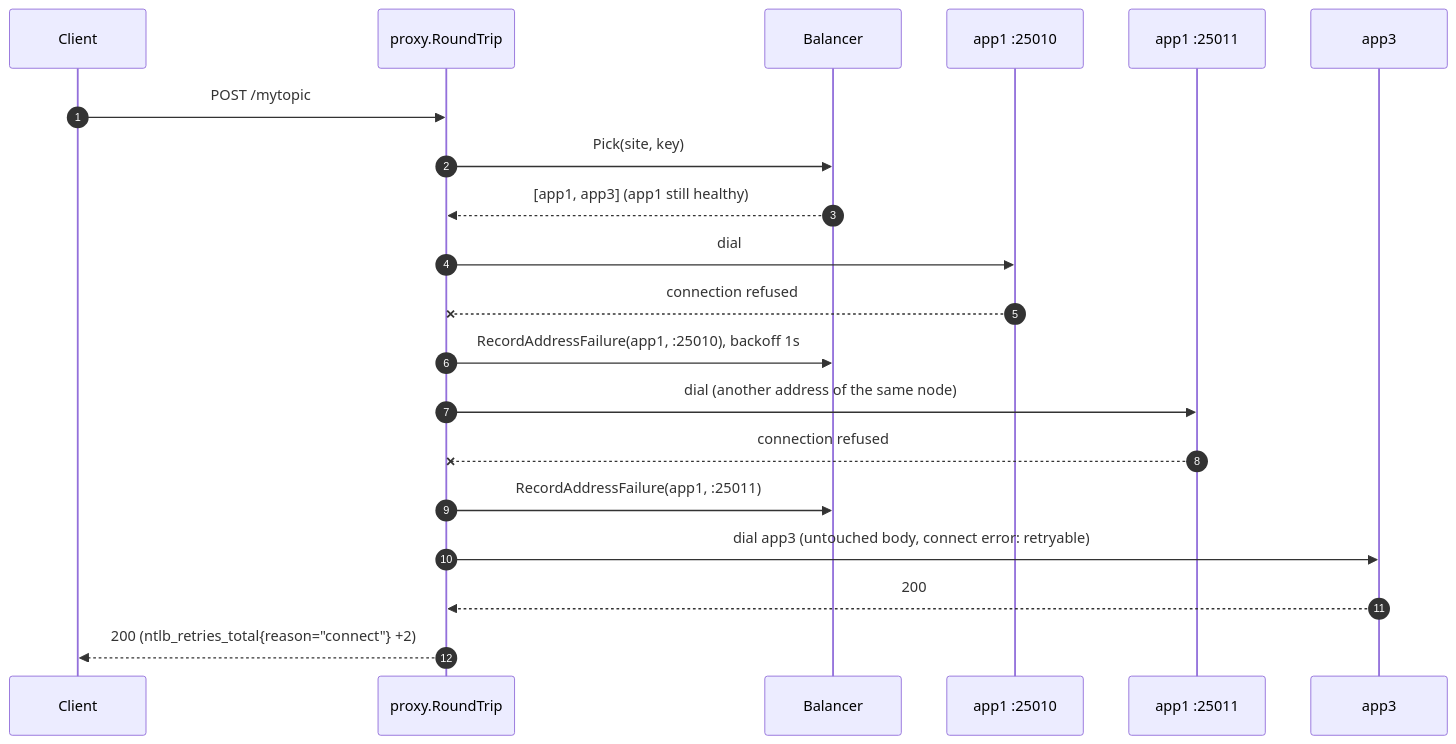
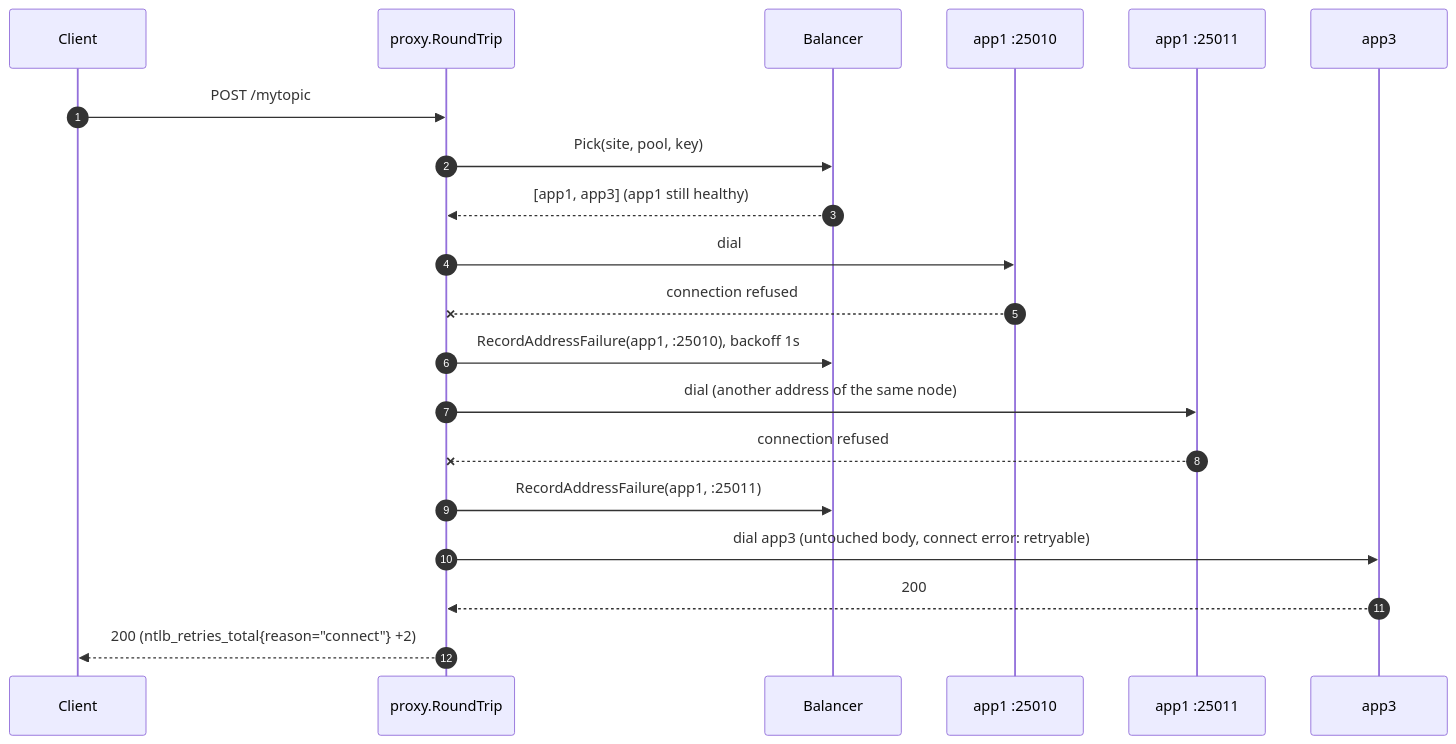
One commit to binwiederhier/ntlb changed diagram 12 of 16 in docs/architecture.md. Above: the diagram before and after it, drawn with Mermaid. The commit also changed other lines of this file and 3 other files, not shown here.

Commit message:
Add a code walkthrough, update the architecture docs for pools, proxy rules and 429

````diff
--- a/docs/architecture.md
+++ b/docs/architecture.md
@@ -393,23 +395,23 @@
 ```mermaid
 sequenceDiagram
     autonumber
     participant C as Client
     participant P as proxy.RoundTrip
     participant B as Balancer
     participant A1 as app1 :25010
     participant A2 as app1 :25011
     participant N as app3
 
     C->>P: POST /mytopic
-    P->>B: Pick(site, key)
+    P->>B: Pick(site, pool, key)
     B-->>P: [app1, app3] (app1 still healthy)
     P->>A1: dial
     A1--xP: connection refused
     P->>B: RecordAddressFailure(app1, :25010), backoff 1s
     P->>A2: dial (another address of the same node)
     A2--xP: connection refused
     P->>B: RecordAddressFailure(app1, :25011)
     P->>N: dial app3 (untouched body, connect error: retryable)
     N-->>P: 200
     P-->>C: 200 (ntlb_retries_total{reason="connect"} +2)
 ```
````
